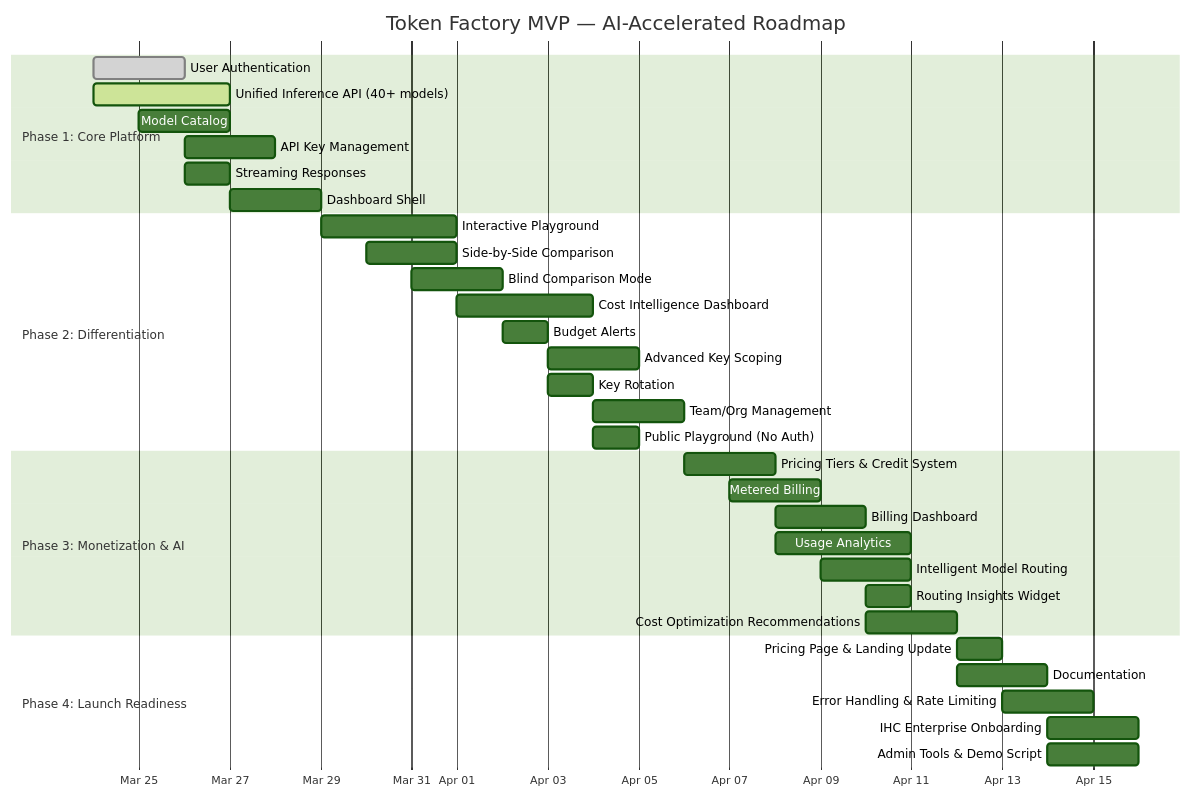
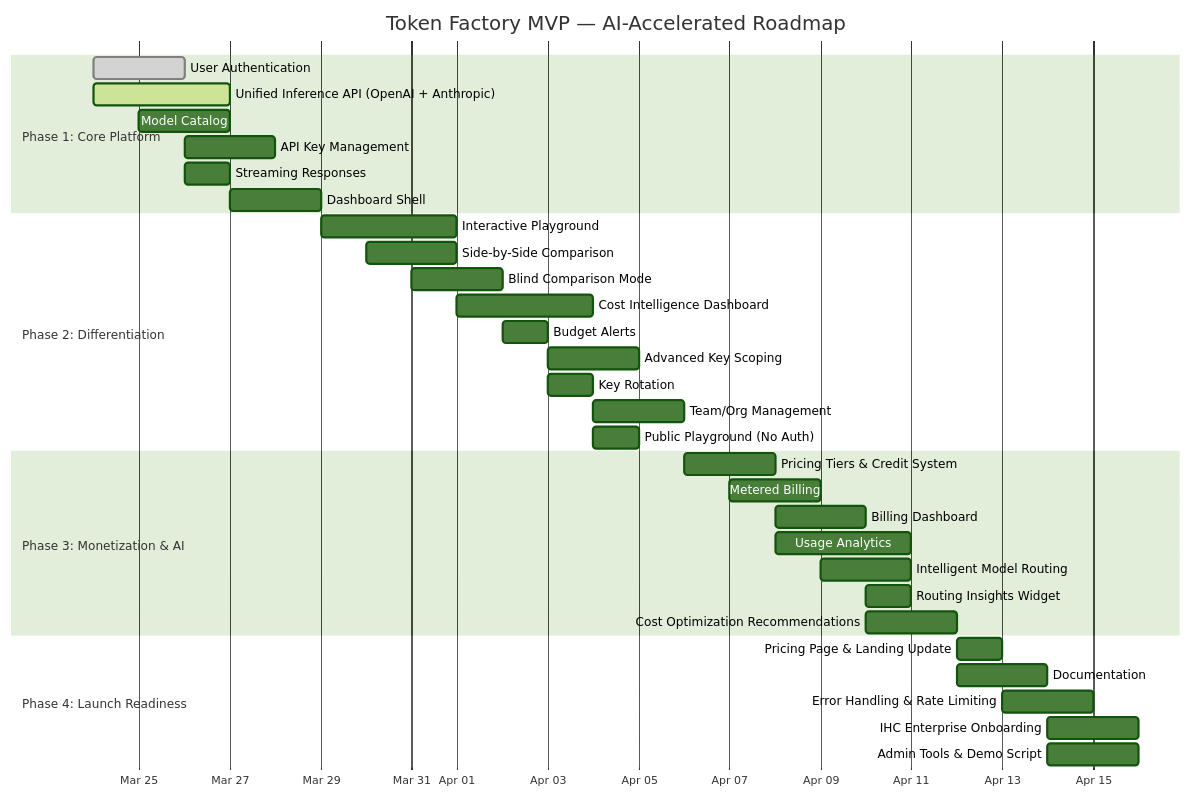
The diagram in presentation/docs/product-strategy.md (tbm26gagankapoor-create/Infinia-Ecosystem), drawn with Mermaid (forest theme) before and after one commit. The commit also changed other lines of this file and 7 other files, not shown here.

First line of the commit message:
Update B1 Unified Inference API to dual-compatible (OpenAI + Anthropic) endpoints

````diff
--- a/presentation/docs/product-strategy.md
+++ b/presentation/docs/product-strategy.md
@@ -74,37 +74,37 @@
 ```mermaid
 gantt
     title Token Factory MVP — AI-Accelerated Roadmap
     dateFormat YYYY-MM-DD
     axisFormat %b %d
     section Phase 1: Core Platform
         User Authentication              :done, 2026-03-24, 2d
-        Unified Inference API (40+ models):active, 2026-03-24, 3d
+        Unified Inference API (OpenAI + Anthropic):active, 2026-03-24, 3d
         Model Catalog                    :2026-03-25, 2d
         API Key Management               :2026-03-26, 2d
         Streaming Responses              :2026-03-26, 1d
         Dashboard Shell                  :2026-03-27, 2d
     section Phase 2: Differentiation
         Interactive Playground           :2026-03-29, 3d
         Side-by-Side Comparison          :2026-03-30, 2d
         Blind Comparison Mode            :2026-03-31, 2d
         Cost Intelligence Dashboard      :2026-04-01, 3d
         Budget Alerts                    :2026-04-02, 1d
         Advanced Key Scoping             :2026-04-03, 2d
         Key Rotation                     :2026-04-03, 1d
         Team/Org Management              :2026-04-04, 2d
         Public Playground (No Auth)      :2026-04-04, 1d
     section Phase 3: Monetization & AI
         Pricing Tiers & Credit System    :2026-04-06, 2d
         Metered Billing                  :2026-04-07, 2d
         Billing Dashboard                :2026-04-08, 2d
         Usage Analytics                  :2026-04-08, 3d
         Intelligent Model Routing        :2026-04-09, 2d
         Routing Insights Widget          :2026-04-10, 1d
         Cost Optimization Recommendations:2026-04-10, 2d
     section Phase 4: Launch Readiness
         Pricing Page & Landing Update    :2026-04-12, 1d
         Documentation                    :2026-04-12, 2d
         Error Handling & Rate Limiting   :2026-04-13, 2d
         IHC Enterprise Onboarding        :2026-04-14, 2d
         Admin Tools & Demo Script        :2026-04-14, 2d
 ```
````
